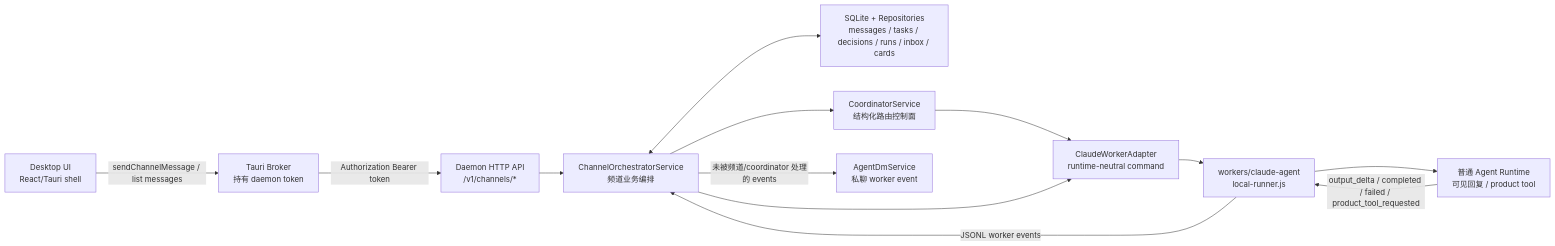
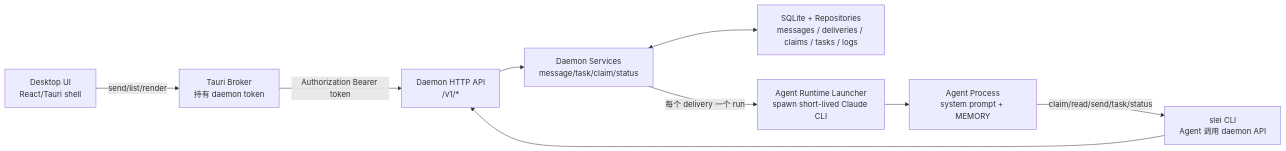
The first of 2 diagrams in docs/architecture/0005-channel-routing-and-multi-agent-flow.md (leedalei/Slei), drawn with Mermaid before and after one commit. The commit also changed other lines of this file and 4 other files, not shown here.

Commit message:
docs: document broadcast claim architecture

````diff
--- a/docs/architecture/0005-channel-routing-and-multi-agent-flow.md
+++ b/docs/architecture/0005-channel-routing-and-multi-agent-flow.md
@@ -29,26 +28,20 @@
 ```mermaid
 flowchart LR
     UI["Desktop UI\nReact/Tauri shell"]
     Broker["Tauri Broker\n持有 daemon token"]
-    API["Daemon HTTP API\n/v1/channels/*"]
-    Orchestrator["ChannelOrchestratorService\n频道业务编排"]
-    Store["SQLite + Repositories\nmessages / tasks / decisions / runs / inbox / cards"]
-    Coordinator["CoordinatorService\n结构化路由控制面"]
-    WorkerAdapter["ClaudeWorkerAdapter\nruntime-neutral command"]
-    Runner["workers/claude-agent\nlocal-runner.js"]
-    AgentRuntime["普通 Agent Runtime\n可见回复 / product tool"]
-    DM["AgentDmService\n私聊 worker event"]
+    API["Daemon HTTP API\n/v1/*"]
+    Daemon["Daemon Services\nmessage/task/claim/status"]
+    Store["SQLite + Repositories\nmessages / deliveries / claims / tasks / logs"]
+    Launcher["Agent Runtime Launcher\nspawn short-lived Claude CLI"]
+    CLI["slei CLI\nAgent 调用 daemon API"]
+    Agent["Agent Process\nsystem prompt + MEMORY"]
 
-    UI -->|"sendChannelMessage / list messages"| Broker
+    UI -->|"send/list/render"| Broker
     Broker -->|"Authorization Bearer token"| API
-    API --> Orchestrator
-    Orchestrator <--> Store
-    Orchestrator --> Coordinator
-    Coordinator --> WorkerAdapter
-    Orchestrator --> WorkerAdapter
-    WorkerAdapter --> Runner
-    Runner -->|"JSONL worker events"| Orchestrator
-    Orchestrator -->|"未被频道/coordinator 处理的 events"| DM
-    Runner --> AgentRuntime
-    AgentRuntime -->|"output_delta / completed / failed / product_tool_requested"| Runner
+    API --> Daemon
+    Daemon <--> Store
+    Daemon -->|"每个 delivery 一个 run"| Launcher
+    Launcher --> Agent
+    Agent -->|"claim/read/send/task/status"| CLI
+    CLI --> API
 ```
````
